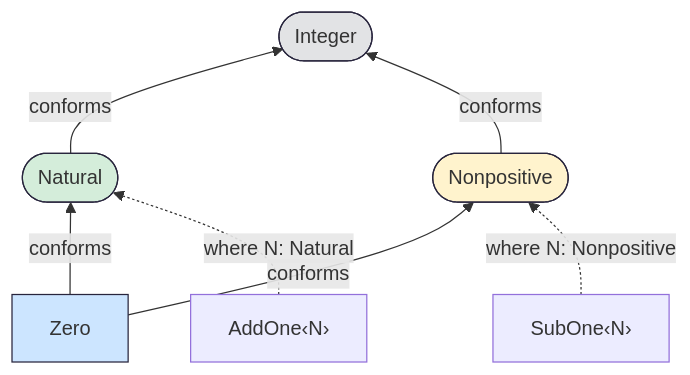
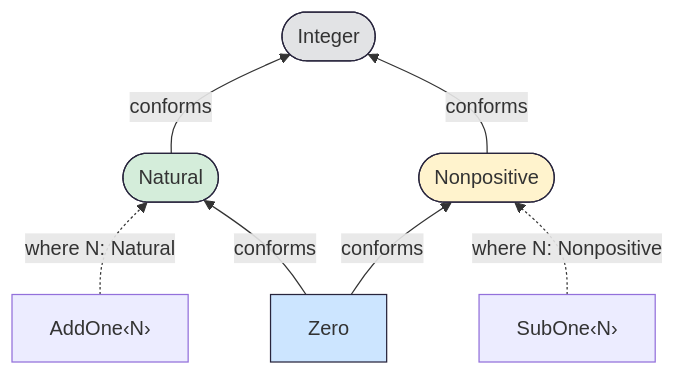
Before and after one commit to jakebromberg/misuse-of-notation: the diagram in tutorial/diagrams/protocol-hierarchy.mmd, drawn with Mermaid. The commit also changed other lines of this file, not shown here.

Commit message:
Fix protocol hierarchy diagram: reorder nodes to prevent edge crossovers

```diff
--- a/tutorial/diagrams/protocol-hierarchy.mmd
+++ b/tutorial/diagrams/protocol-hierarchy.mmd
@@ -1,19 +1,19 @@
 flowchart BT
     Integer(["Integer"])
     Natural(["Natural"])
     Nonpositive(["Nonpositive"])
+    AddOne["AddOne‹N›"]
     Zero["Zero"]
-    AddOne["AddOne‹N›"]
     SubOne["SubOne‹N›"]
 
     Natural -- "conforms" --> Integer
     Nonpositive -- "conforms" --> Integer
+    AddOne -. "where N: Natural" .-> Natural
     Zero -- "conforms" --> Natural
     Zero -- "conforms" --> Nonpositive
-    AddOne -. "where N: Natural" .-> Natural
     SubOne -. "where N: Nonpositive" .-> Nonpositive
 
     style Integer fill:#e2e3e5,stroke:#28253D
     style Natural fill:#d4edda,stroke:#28253D
     style Nonpositive fill:#fff3cd,stroke:#28253D
     style Zero fill:#cce5ff,stroke:#28253D
```
